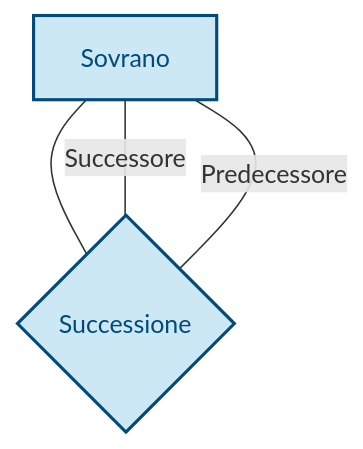
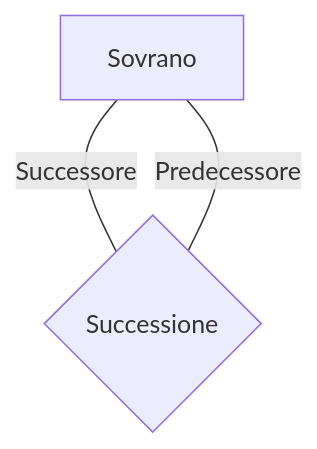
The third of 6 diagrams in Secondo Anno/Secondo Semestre/BD - Basi di Dati/Appunti/Modello ER/Relazioni.md (Mbarabba/Appunti-Obsidian-Uni), drawn with Mermaid before and after one commit. The commit also changed other lines of this file and 1 other file, not shown here.

````diff
--- a/Secondo Anno/Secondo Semestre/BD - Basi di Dati/Appunti/Modello ER/Relazioni.md
+++ b/Secondo Anno/Secondo Semestre/BD - Basi di Dati/Appunti/Modello ER/Relazioni.md
@@ -48,9 +48,5 @@
 ```mermaid
 graph TD
-    S[Sovrano] --- R{Successione}
-    R ---|Successore| S
-    R ---|Predecessore| S
-
-    style S fill:#cce8f4,stroke:#004a7c,stroke-width:2px,color:#004a7c
-    style R fill:#cce8f4,stroke:#004a7c,stroke-width:2px,color:#004a7c
+    S[Sovrano] ---|Successore| R{Successione}
+    R{Successione} ---|Predecessore| S
 ```
````
